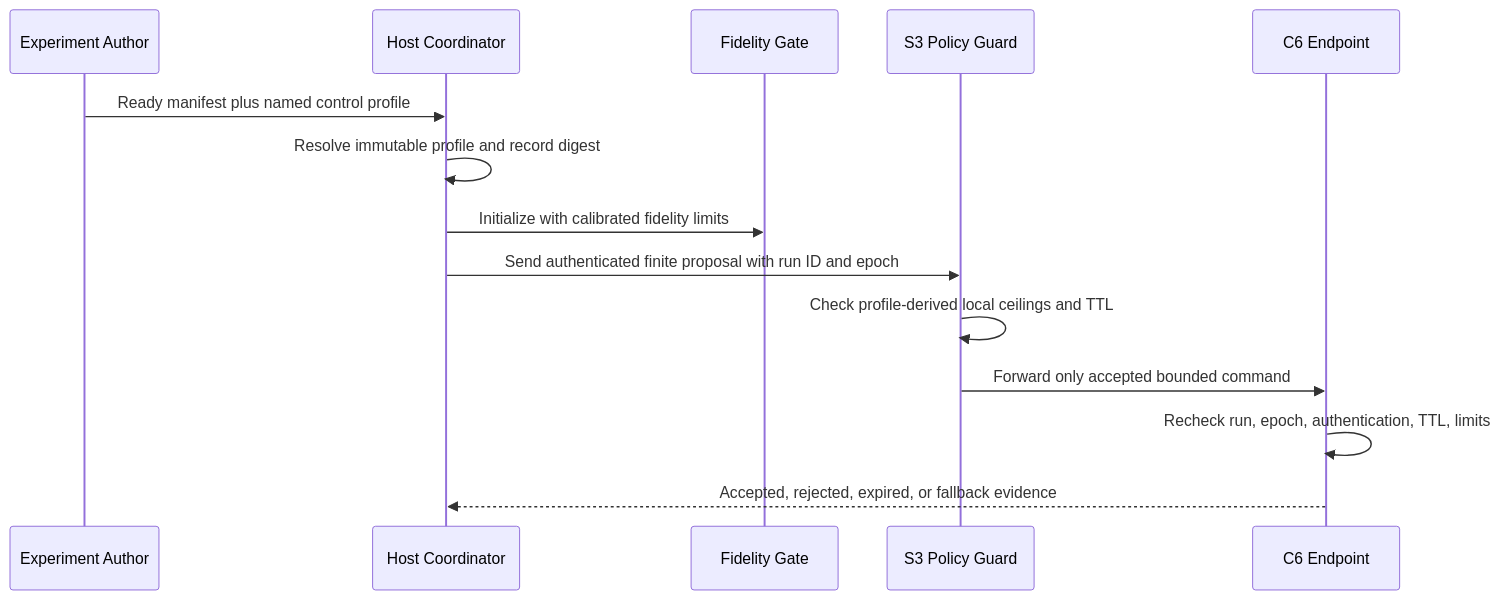
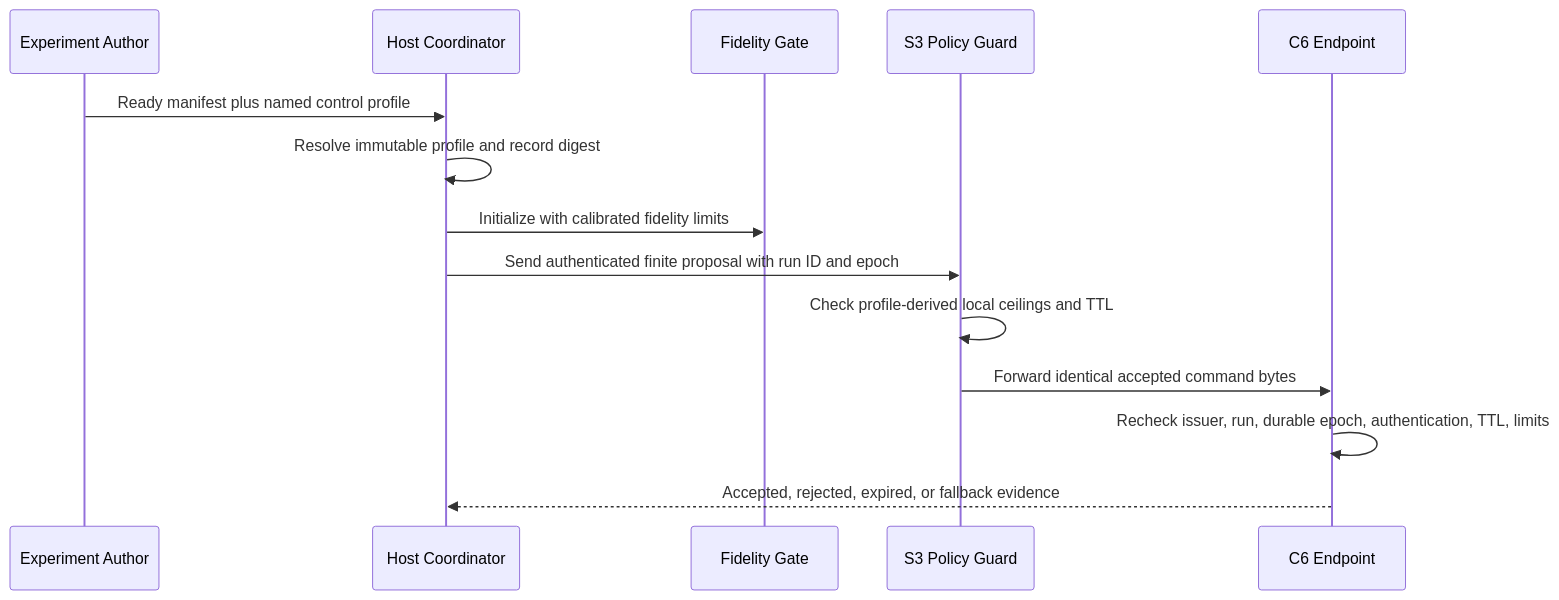
The second of 2 diagrams in DESIGN.md (Reinathanajah/CLDT-Thread), drawn with Mermaid before and after one commit. The commit also changed other lines of this file and 9 other files, not shown here.

````diff
--- a/DESIGN.md
+++ b/DESIGN.md
@@ -185,17 +213,17 @@
 ```mermaid
 sequenceDiagram
     participant Author as Experiment Author
     participant Host as Host Coordinator
     participant Gate as Fidelity Gate
     participant Guard as S3 Policy Guard
     participant Endpoint as C6 Endpoint
 
     Author->>Host: Ready manifest plus named control profile
     Host->>Host: Resolve immutable profile and record digest
     Host->>Gate: Initialize with calibrated fidelity limits
     Host->>Guard: Send authenticated finite proposal with run ID and epoch
     Guard->>Guard: Check profile-derived local ceilings and TTL
-    Guard->>Endpoint: Forward only accepted bounded command
-    Endpoint->>Endpoint: Recheck run, epoch, authentication, TTL, limits
+    Guard->>Endpoint: Forward identical accepted command bytes
+    Endpoint->>Endpoint: Recheck issuer, run, durable epoch, authentication, TTL, limits
     Endpoint-->>Host: Accepted, rejected, expired, or fallback evidence
 ```
````
